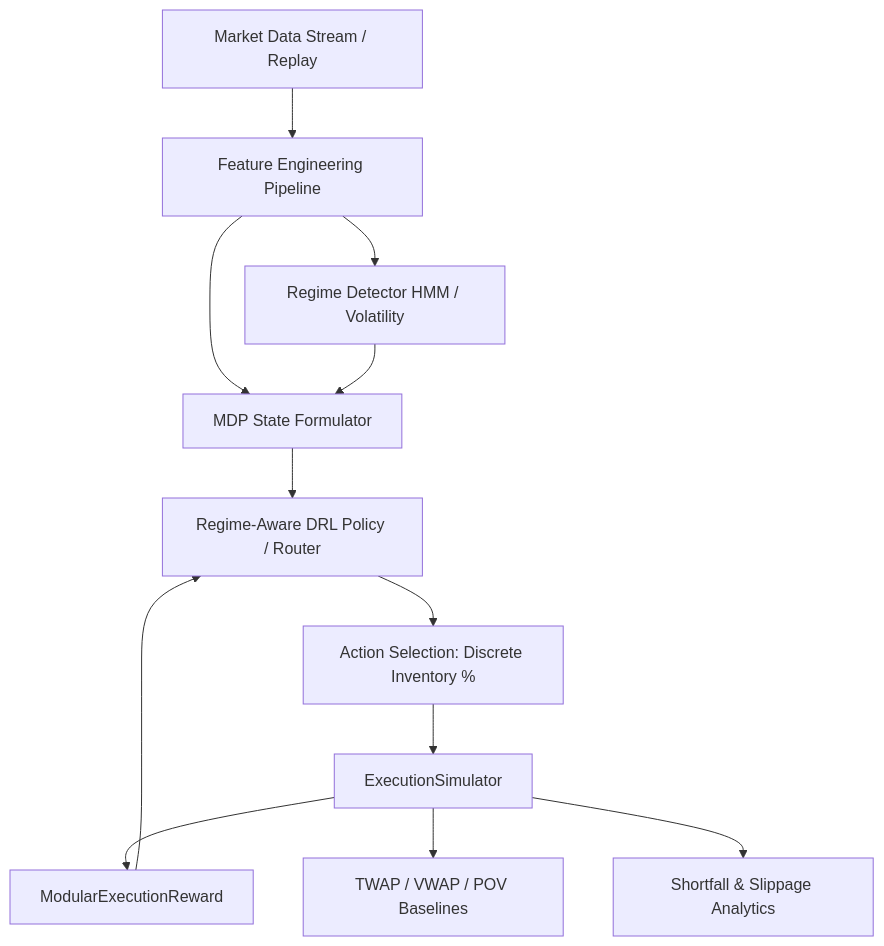
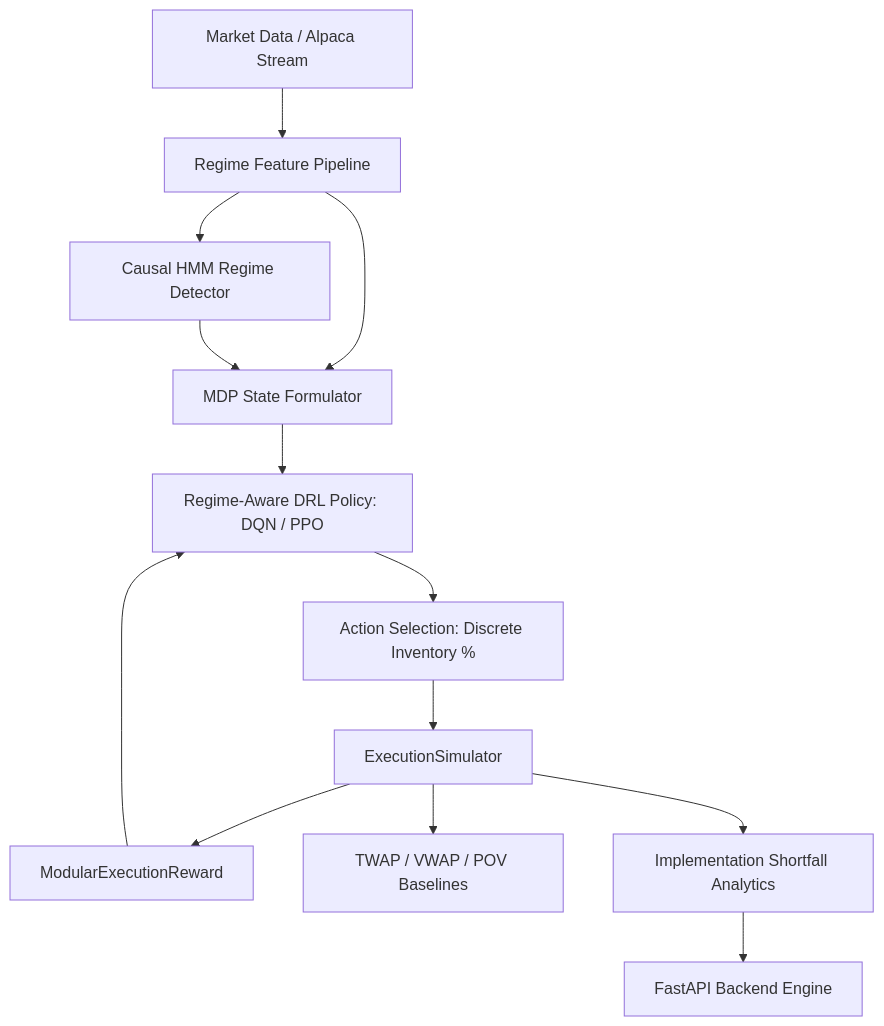
The diagram in README.md (nishnarudkar/KAIRO-Regime-Aware-Deep-Reinforcement-Learning-for-Optimal-Trade-Execution), drawn with Mermaid before and after one commit. The commit also changed other lines of this file, not shown here.

Commit message:
Update README.md with Stages 0-10 progress tracker, architecture, FastAPI endpoints, and quickstart

````diff
--- a/README.md
+++ b/README.md
@@ -29,14 +43,15 @@
 ```mermaid
 flowchart TD
-    Data[Market Data Stream / Replay] --> FeatureEng[Feature Engineering Pipeline]
-    FeatureEng --> RegimeDet[Regime Detector HMM / Volatility]
+    Data[Market Data / Alpaca Stream] --> FeatureEng[Regime Feature Pipeline]
+    FeatureEng --> HMM[Causal HMM Regime Detector]
     FeatureEng --> StateBuilder[MDP State Formulator]
-    RegimeDet --> StateBuilder
-    StateBuilder --> Agent[Regime-Aware DRL Policy / Router]
+    HMM --> StateBuilder
+    StateBuilder --> Agent[Regime-Aware DRL Policy: DQN / PPO]
     Agent --> ActionSpace[Action Selection: Discrete Inventory %]
     ActionSpace --> ExecEnv[ExecutionSimulator]
     ExecEnv --> RewardEngine[ModularExecutionReward]
     RewardEngine --> Agent
-    ExecEnv --> Benchmark[TWAP / VWAP / POV Baselines]
-    ExecEnv --> Metrics[Shortfall & Slippage Analytics]
+    ExecEnv --> Baselines[TWAP / VWAP / POV Baselines]
+    ExecEnv --> Metrics[Implementation Shortfall Analytics]
+    Metrics --> API[FastAPI Backend Engine]
 ```
````
